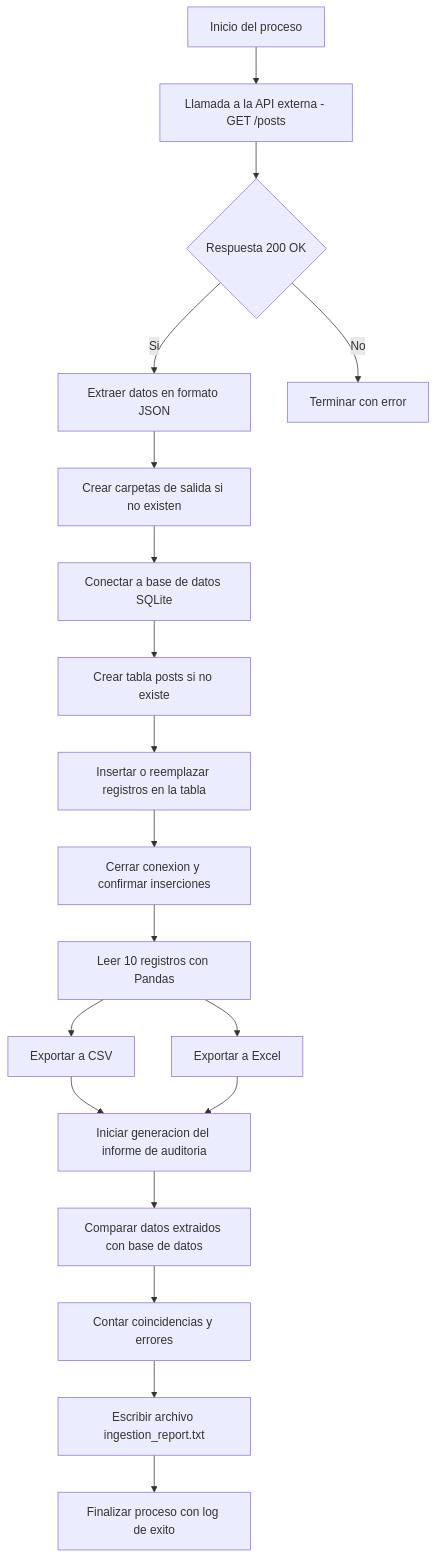
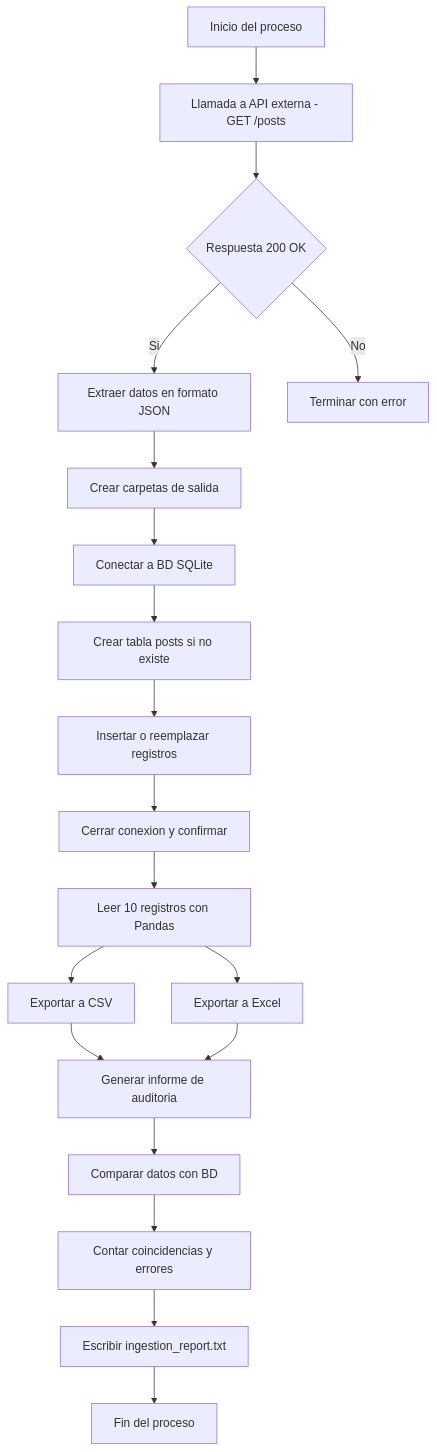
The diagram in docs/ingesta.md (JuanesMedCol/bigdata-infrastructure), drawn with Mermaid before and after one commit. The commit also changed 2 other files, not shown here.

Commit message:
revisiones de mermaid

````diff
--- a/docs/ingesta.md
+++ b/docs/ingesta.md
@@ -98,26 +98,26 @@
 ```mermaid
 flowchart TD
-    A[Inicio del proceso] --> B[Llamada a la API externa - GET /posts]
+    A[Inicio del proceso] --> B[Llamada a API externa - GET /posts]
     B --> C{Respuesta 200 OK}
     C -- Si --> D[Extraer datos en formato JSON]
     C -- No --> Z[Terminar con error]
 
-    D --> E[Crear carpetas de salida si no existen]
-    E --> F[Conectar a base de datos SQLite]
+    D --> E[Crear carpetas de salida]
+    E --> F[Conectar a BD SQLite]
     F --> G[Crear tabla posts si no existe]
-    G --> H[Insertar o reemplazar registros en la tabla]
+    G --> H[Insertar o reemplazar registros]
 
-    H --> I[Cerrar conexion y confirmar inserciones]
+    H --> I[Cerrar conexion y confirmar]
     I --> J[Leer 10 registros con Pandas]
     J --> K[Exportar a CSV]
     J --> L[Exportar a Excel]
 
-    K --> M[Iniciar generacion del informe de auditoria]
+    K --> M[Generar informe de auditoria]
     L --> M
 
-    M --> N[Comparar datos extraidos con base de datos]
+    M --> N[Comparar datos con BD]
     N --> O[Contar coincidencias y errores]
-    O --> P[Escribir archivo ingestion_report.txt]
+    O --> P[Escribir ingestion_report.txt]
 
-    P --> Q[Finalizar proceso con log de exito]
+    P --> Q[Fin del proceso]
 ```
````
